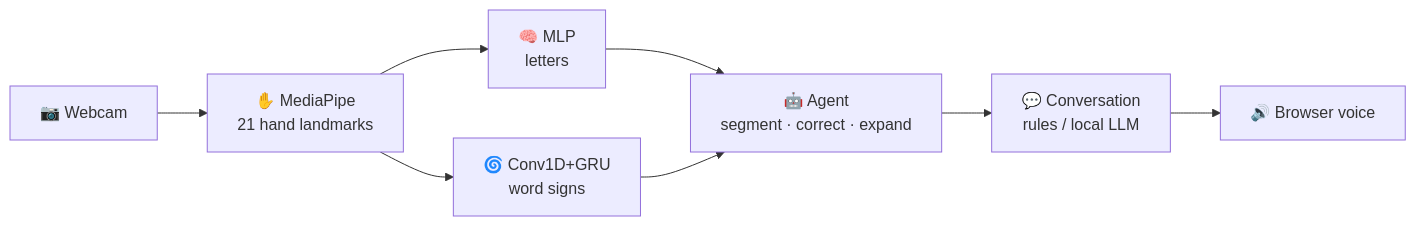
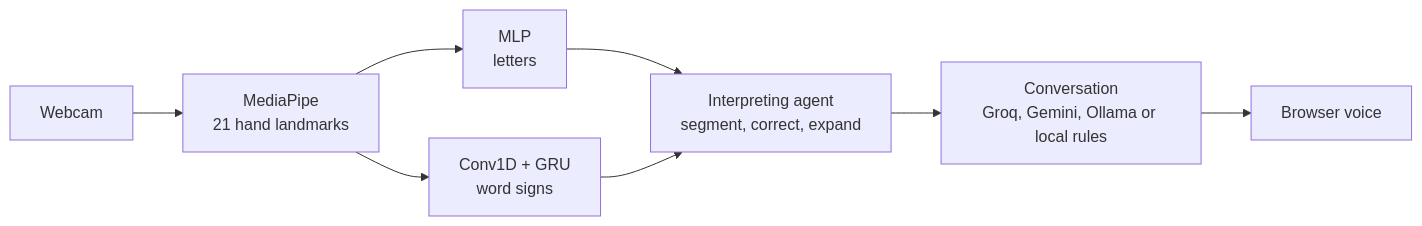
Before and after one commit to nazmussama19-lgtm/Asl-sign-agent: the diagram in README.md, drawn with Mermaid. The commit also changed other lines of this file and 35 other files, not shown here.

````diff
--- a/README.md
+++ b/README.md
@@ -22,10 +23,10 @@
 ```mermaid
 flowchart LR
-    A[📷 Webcam] --> B[✋ MediaPipe<br/>21 hand landmarks]
-    B --> C[🧠 MLP<br/>letters]
-    B --> D[🌀 Conv1D+GRU<br/>word signs]
-    C --> E[🤖 Agent<br/>segment · correct · expand]
+    A[Webcam] --> B[MediaPipe<br/>21 hand landmarks]
+    B --> C[MLP<br/>letters]
+    B --> D[Conv1D + GRU<br/>word signs]
+    C --> E[Interpreting agent<br/>segment, correct, expand]
     D --> E
-    E --> F[💬 Conversation<br/>rules / local LLM]
-    F --> G[🔊 Browser voice]
+    E --> F[Conversation<br/>Groq, Gemini, Ollama or local rules]
+    F --> G[Browser voice]
 ```
````
